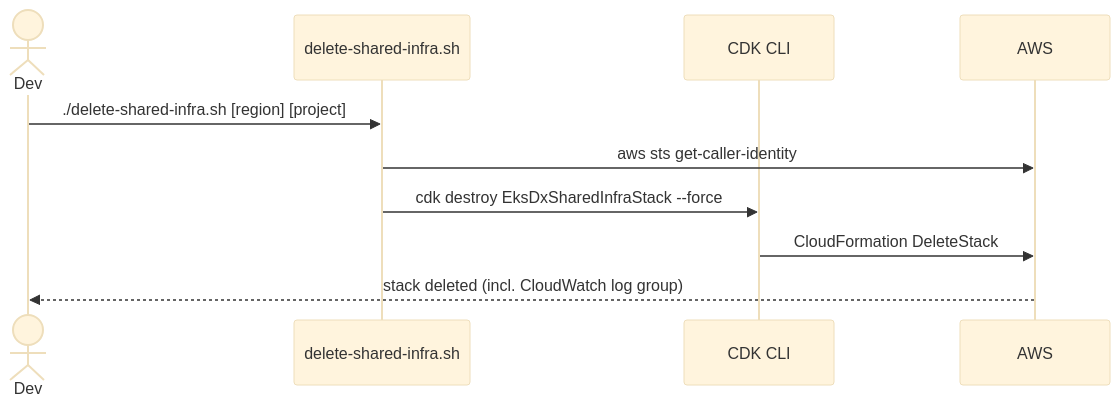
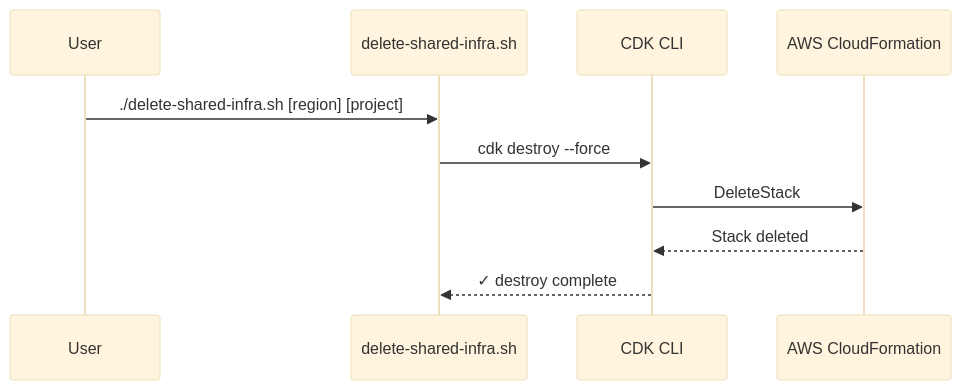
The second of 4 diagrams in .agents/summary/workflows.md (codriverlabs/express-compute-managed-k8s-infra), drawn with Mermaid (base theme) before and after one commit. The commit also changed other lines of this file and 9 other files, not shown here.

````diff
--- a/.agents/summary/workflows.md
+++ b/.agents/summary/workflows.md
@@ -32,13 +30,13 @@
 ```mermaid
 sequenceDiagram
-    actor Dev
+    participant User
     participant Script as delete-shared-infra.sh
     participant CDK as CDK CLI
-    participant AWS
+    participant AWS as AWS CloudFormation
 
-    Dev->>Script: ./delete-shared-infra.sh [region] [project]
-    Script->>AWS: aws sts get-caller-identity
-    Script->>CDK: cdk destroy EksDxSharedInfraStack --force
-    CDK->>AWS: CloudFormation DeleteStack
-    AWS-->>Dev: stack deleted (incl. CloudWatch log group)
+    User->>Script: ./delete-shared-infra.sh [region] [project]
+    Script->>CDK: cdk destroy --force
+    CDK->>AWS: DeleteStack
+    AWS-->>CDK: Stack deleted
+    CDK-->>Script: ✓ destroy complete
 ```
````
